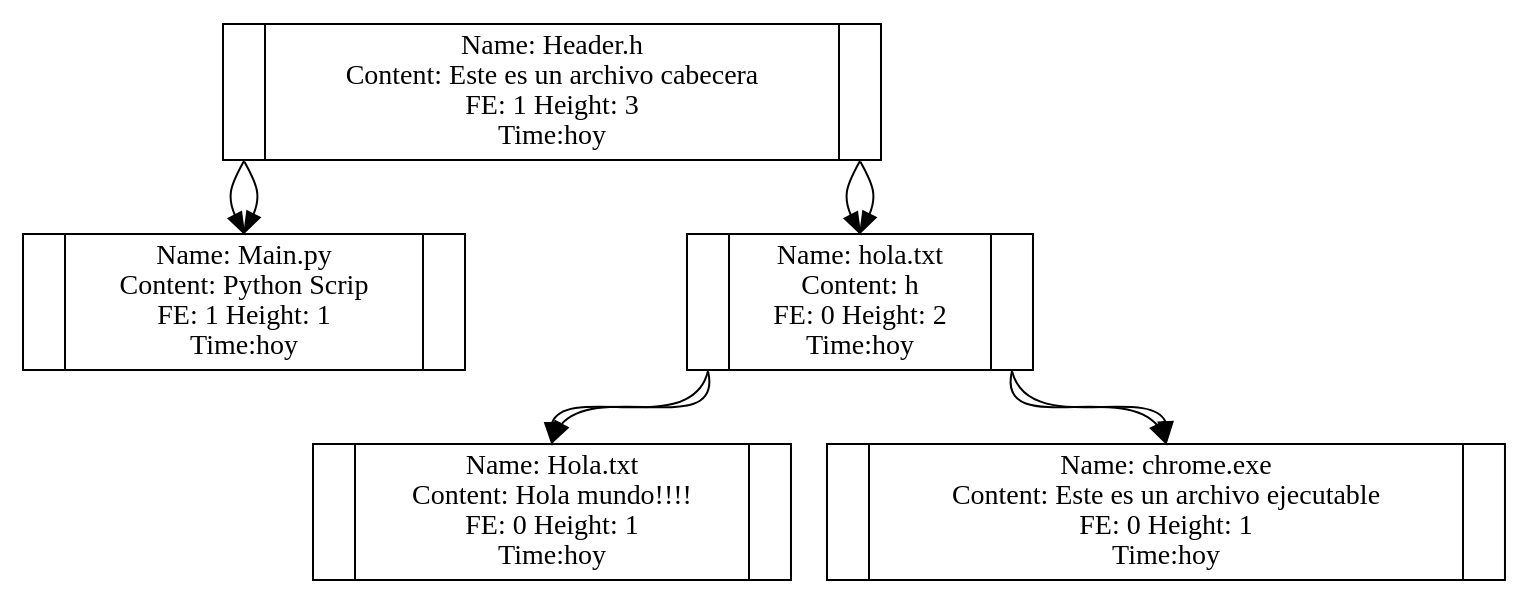
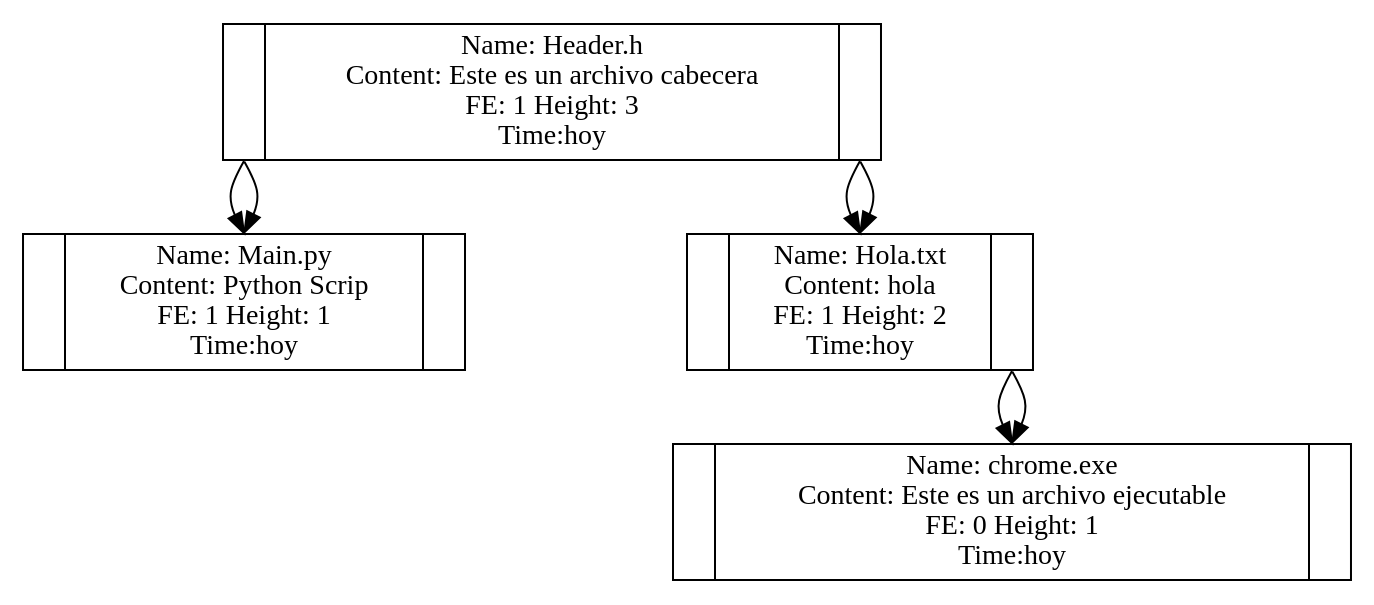
The diagram in AVL.dot (EH0809/EDD_2S2019_PY2_201520498), drawn with Graphviz before and after one commit.

```diff
--- a/AVL.dot
+++ b/AVL.dot
@@ -1,20 +1,16 @@
  digraph AVL{Node_735[label= " <f0>| <f1> Name: Header.h\n Content: Este es un archivo cabecera\n FE: 1 Height: 3\n Time:hoy|<f2> " shape="record"] ; 
 Node_735:f0->Node_668:f1; 
 Node_668[label= " <f0>| <f1> Name: Main.py\n Content: Python Scrip\n FE: 1 Height: 1\n Time:hoy|<f2> " shape="record"] ; 
-Node_735:f2->Node_818:f1; 
-Node_818[label= " <f0>| <f1> Name: hola.txt\n Content: h\n FE: 0 Height: 2\n Time:hoy|<f2> " shape="record"] ; 
-Node_818:f0->Node_786:f1; 
-Node_786[label= " <f0>| <f1> Name: Hola.txt\n Content: Hola mundo!!!!\n FE: 0 Height: 1\n Time:hoy|<f2> " shape="record"] ; 
-Node_818:f2->Node_1006:f1; 
+Node_735:f2->Node_786:f1; 
+Node_786[label= " <f0>| <f1> Name: Hola.txt\n Content: hola\n FE: 1 Height: 2\n Time:hoy|<f2> " shape="record"] ; 
+Node_786:f2->Node_1006:f1; 
 Node_1006[label= " <f0>| <f1> Name: chrome.exe\n Content: Este es un archivo ejecutable\n FE: 0 Height: 1\n Time:hoy|<f2> " shape="record"] ; 
 Node_735:f1; 
 Node_735[label= " <f0>| <f1> Name: Header.h\n Content: Este es un archivo cabecera\n FE: 1 Height: 3\n Time:hoy|<f2> " shape="record"] ; 
 Node_735:f0->Node_668:f1; 
 Node_668[label= " <f0>| <f1> Name: Main.py\n Content: Python Scrip\n FE: 1 Height: 1\n Time:hoy|<f2> " shape="record"] ; 
-Node_735:f2->Node_818:f1; 
-Node_818[label= " <f0>| <f1> Name: hola.txt\n Content: h\n FE: 0 Height: 2\n Time:hoy|<f2> " shape="record"] ; 
-Node_818:f0->Node_786:f1; 
-Node_786[label= " <f0>| <f1> Name: Hola.txt\n Content: Hola mundo!!!!\n FE: 0 Height: 1\n Time:hoy|<f2> " shape="record"] ; 
-Node_818:f2->Node_1006:f1; 
+Node_735:f2->Node_786:f1; 
+Node_786[label= " <f0>| <f1> Name: Hola.txt\n Content: hola\n FE: 1 Height: 2\n Time:hoy|<f2> " shape="record"] ; 
+Node_786:f2->Node_1006:f1; 
 Node_1006[label= " <f0>| <f1> Name: chrome.exe\n Content: Este es un archivo ejecutable\n FE: 0 Height: 1\n Time:hoy|<f2> " shape="record"] ; 
 }
```
